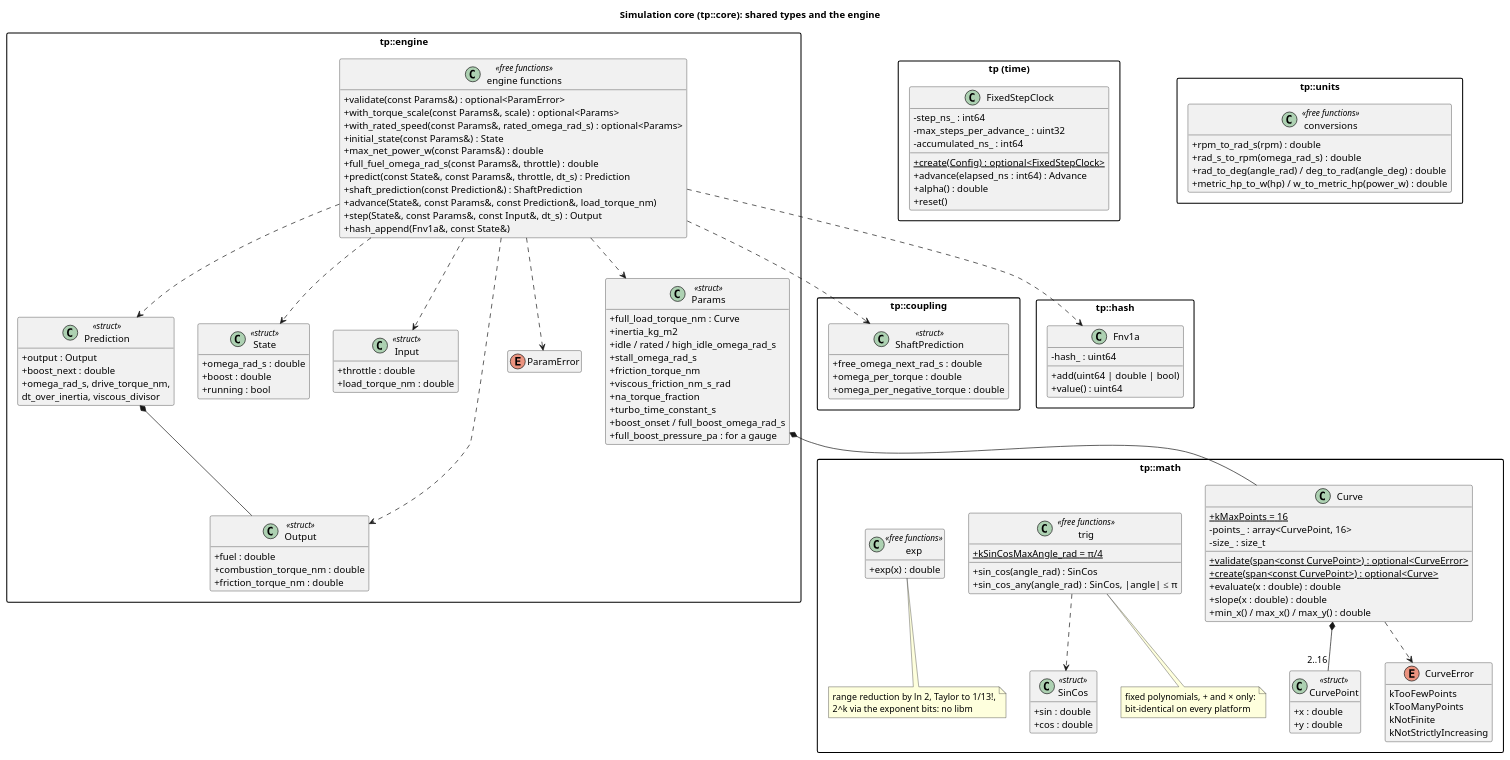
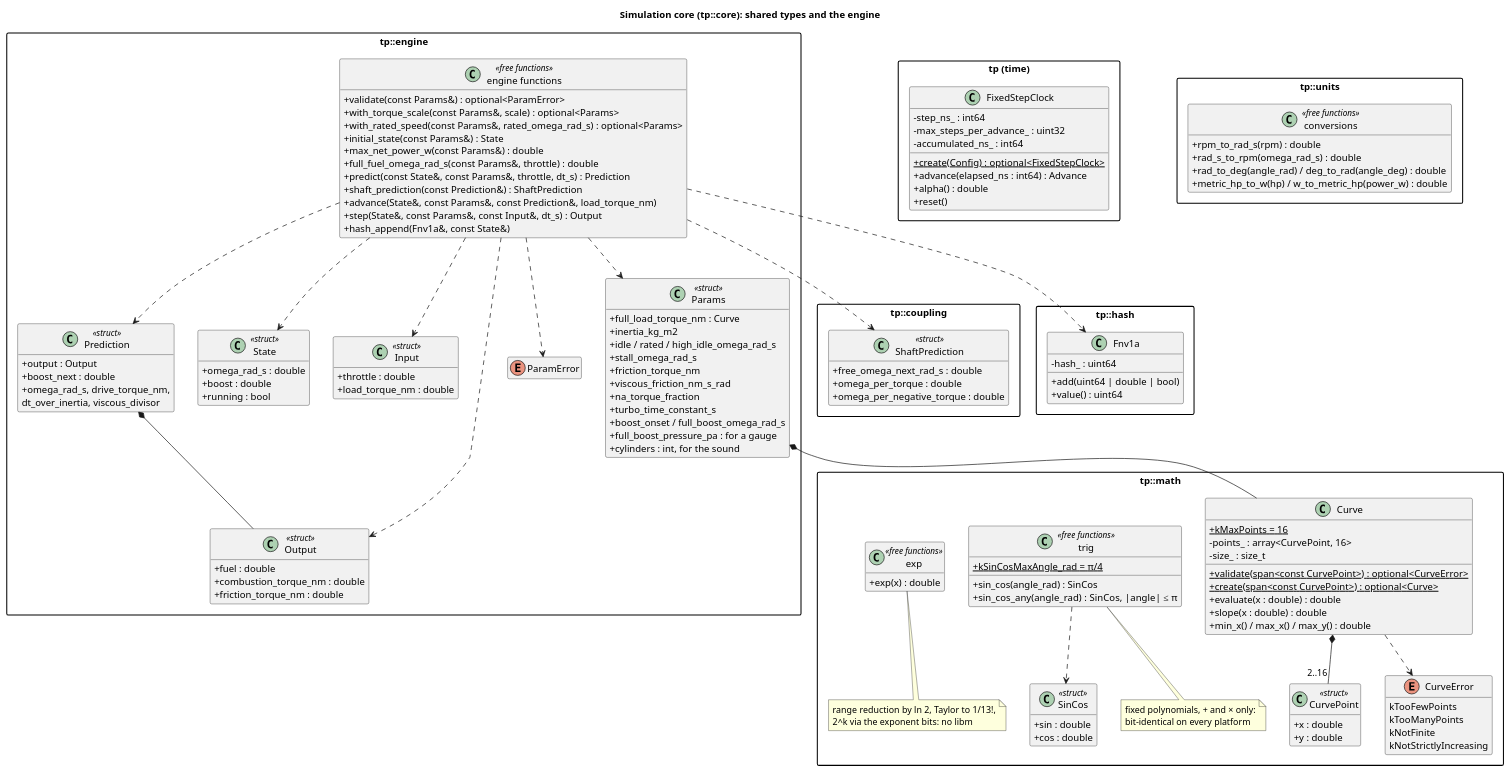
One commit to wversteeg/TractorPulling changed the diagram in docs/diagrams/core_classes.puml. Above: the diagram before and after it, drawn with PlantUML. The commit also changed 16 other files, not shown here.

```diff
--- a/docs/diagrams/core_classes.puml
+++ b/docs/diagrams/core_classes.puml
@@ -1,151 +1,152 @@
 @startuml core_classes
 title Simulation core (tp::core): shared types and the engine
 hide empty members
 skinparam packageStyle rectangle
 skinparam classAttributeIconSize 0
 
   package "tp::coupling" {
     class ShaftPrediction <<struct>> {
       +free_omega_next_rad_s : double
       +omega_per_torque : double
       +omega_per_negative_torque : double
     }
   }
 
   package "tp::math" {
     class CurvePoint <<struct>> {
       +x : double
       +y : double
     }
     enum CurveError {
       kTooFewPoints
       kTooManyPoints
       kNotFinite
       kNotStrictlyIncreasing
     }
     class Curve {
       +{static} kMaxPoints = 16
       -points_ : array<CurvePoint, 16>
       -size_ : size_t
       +{static} validate(span<const CurvePoint>) : optional<CurveError>
       +{static} create(span<const CurvePoint>) : optional<Curve>
       +evaluate(x : double) : double
       +slope(x : double) : double
       +min_x() / max_x() / max_y() : double
     }
     Curve *-- "2..16" CurvePoint
     Curve ..> CurveError
     class SinCos <<struct>> {
       +sin : double
       +cos : double
     }
     class "trig" as Trig <<free functions>> {
       +{static} kSinCosMaxAngle_rad = π/4
       +sin_cos(angle_rad) : SinCos
       +sin_cos_any(angle_rad) : SinCos, |angle| ≤ π
     }
     Trig ..> SinCos
     note bottom of Trig
       fixed polynomials, + and × only:
       bit-identical on every platform
     end note
     class "exp" as Exp <<free functions>> {
       +exp(x) : double
     }
     note bottom of Exp
       range reduction by ln 2, Taylor to 1/13!,
       2^k via the exponent bits: no libm
     end note
   }
 
   package "tp::engine" {
     class Params <<struct>> {
       +full_load_torque_nm : Curve
       +inertia_kg_m2
       +idle / rated / high_idle_omega_rad_s
       +stall_omega_rad_s
       +friction_torque_nm
       +viscous_friction_nm_s_rad
       +na_torque_fraction
       +turbo_time_constant_s
       +boost_onset / full_boost_omega_rad_s
       +full_boost_pressure_pa : for a gauge
+      +cylinders : int, for the sound
     }
     class State <<struct>> {
       +omega_rad_s : double
       +boost : double
       +running : bool
     }
     class Input <<struct>> {
       +throttle : double
       +load_torque_nm : double
     }
     class Output <<struct>> {
       +fuel : double
       +combustion_torque_nm : double
       +friction_torque_nm : double
     }
     enum ParamError
     class Prediction <<struct>> {
       +output : Output
       +boost_next : double
       +omega_rad_s, drive_torque_nm,
        dt_over_inertia, viscous_divisor
     }
     class "engine functions" as EngineFns <<free functions>> {
       +validate(const Params&) : optional<ParamError>
       +with_torque_scale(const Params&, scale) : optional<Params>
       +with_rated_speed(const Params&, rated_omega_rad_s) : optional<Params>
       +initial_state(const Params&) : State
       +max_net_power_w(const Params&) : double
       +full_fuel_omega_rad_s(const Params&, throttle) : double
       +predict(const State&, const Params&, throttle, dt_s) : Prediction
       +shaft_prediction(const Prediction&) : ShaftPrediction
       +advance(State&, const Params&, const Prediction&, load_torque_nm)
       +step(State&, const Params&, const Input&, dt_s) : Output
       +hash_append(Fnv1a&, const State&)
     }
     Prediction *-- Output
     EngineFns ..> Prediction
     Params *-- Curve
     EngineFns ..> Params
     EngineFns ..> State
     EngineFns ..> Input
     EngineFns ..> Output
     EngineFns ..> ParamError
   }
 
 
   EngineFns ..> ShaftPrediction
 
   package "tp::hash" {
     class Fnv1a {
       -hash_ : uint64
       +add(uint64 | double | bool)
       +value() : uint64
     }
   }
   EngineFns ..> Fnv1a
 
   package "tp (time)" {
     class FixedStepClock {
       -step_ns_ : int64
       -max_steps_per_advance_ : uint32
       -accumulated_ns_ : int64
       +{static} create(Config) : optional<FixedStepClock>
       +advance(elapsed_ns : int64) : Advance
       +alpha() : double
       +reset()
     }
   }
 
   package "tp::units" {
     class "conversions" as Units <<free functions>> {
       +rpm_to_rad_s(rpm) : double
       +rad_s_to_rpm(omega_rad_s) : double
       +rad_to_deg(angle_rad) / deg_to_rad(angle_deg) : double
       +metric_hp_to_w(hp) / w_to_metric_hp(power_w) : double
     }
   }
 
 @enduml
```
